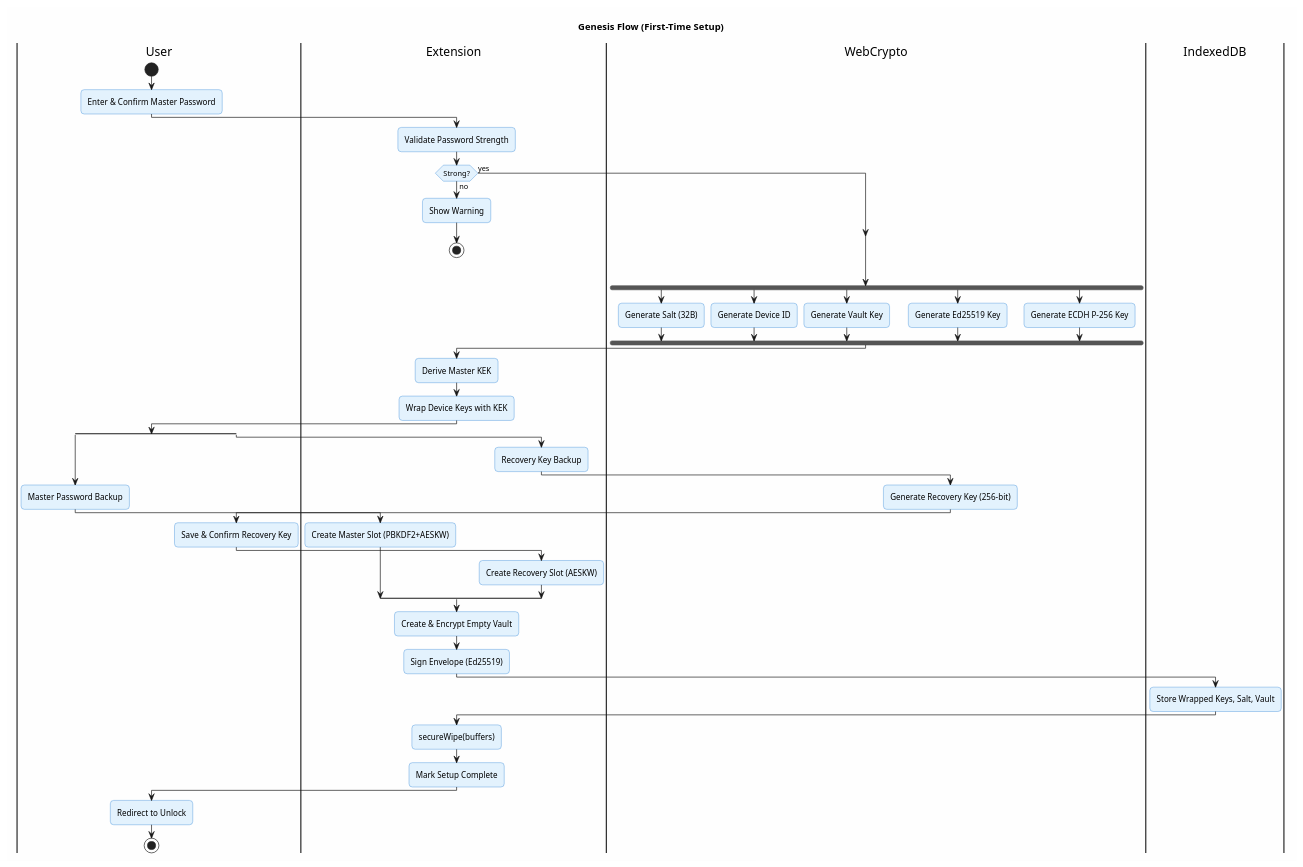
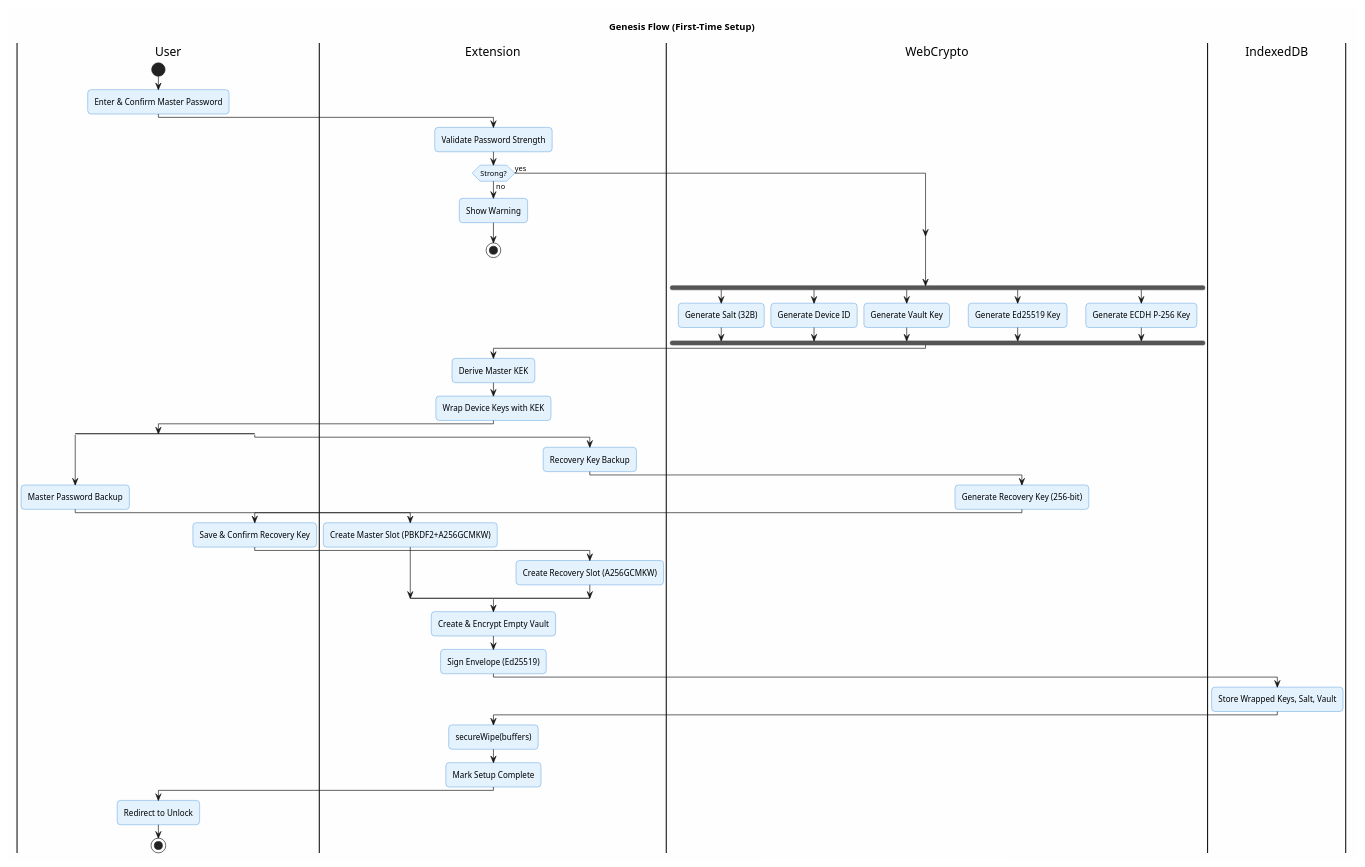
Before and after one commit to ArionStudio/engr-serverless-pm: the diagram in docs/architecture/flow/03-genesis-first-time-setup.flow.puml, drawn with PlantUML. The commit also changed 23 other files, not shown here.

```diff
--- a/docs/architecture/flow/03-genesis-first-time-setup.flow.puml
+++ b/docs/architecture/flow/03-genesis-first-time-setup.flow.puml
@@ -1,72 +1,72 @@
 @startuml 03-genesis-first-time-setup
 title Genesis Flow (First-Time Setup)
 
 skinparam backgroundColor #FEFEFE
 skinparam roundcorner 10
 skinparam shadowing false
 
 skinparam activity {
     BackgroundColor #E3F2FD
     BorderColor #1976D2
 }
 
 |User|
 start
 :Enter & Confirm Master Password;
 
 |Extension|
 :Validate Password Strength;
 if (Strong?) then (yes)
 else (no)
     :Show Warning;
     stop
 endif
 
 |WebCrypto|
 fork
     :Generate Salt (32B);
 fork again
     :Generate Device ID;
 fork again
     :Generate Vault Key;
 fork again
     :Generate Ed25519 Key;
 fork again
     :Generate ECDH P-256 Key;
 end fork
 
 |Extension|
 :Derive Master KEK;
 :Wrap Device Keys with KEK;
 
 |User|
 split
     :Master Password Backup;
     |Extension|
-    :Create Master Slot (PBKDF2+AESKW);
+    :Create Master Slot (PBKDF2+A256GCMKW);
 split again
     :Recovery Key Backup;
     |WebCrypto|
     :Generate Recovery Key (256-bit);
     |User|
     :Save & Confirm Recovery Key;
     |Extension|
-    :Create Recovery Slot (AESKW);
+    :Create Recovery Slot (A256GCMKW);
 end split
 
 |Extension|
 :Create & Encrypt Empty Vault;
 :Sign Envelope (Ed25519);
 
 |IndexedDB|
 :Store Wrapped Keys, Salt, Vault;
 
 |Extension|
 :secureWipe(buffers);
 :Mark Setup Complete;
 
 |User|
 :Redirect to Unlock;
 stop
 
 @enduml
```
